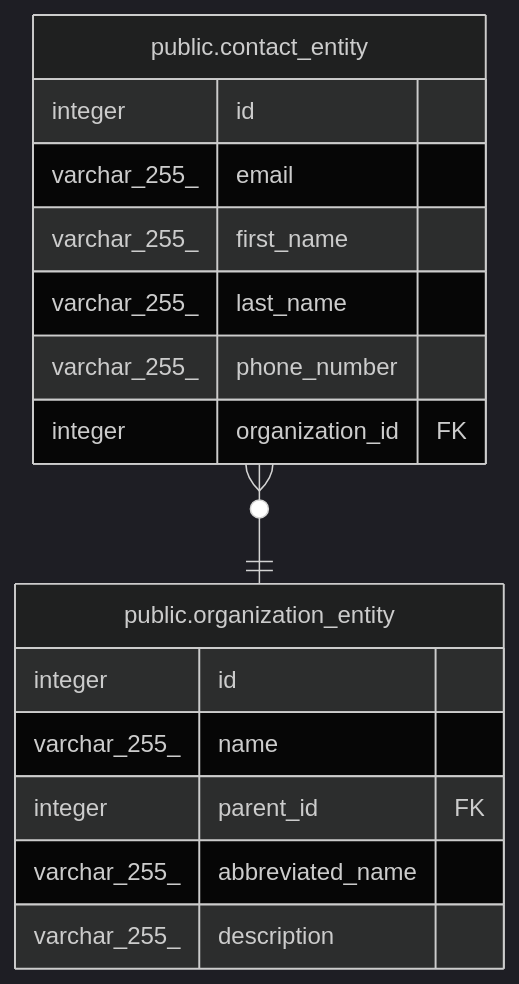
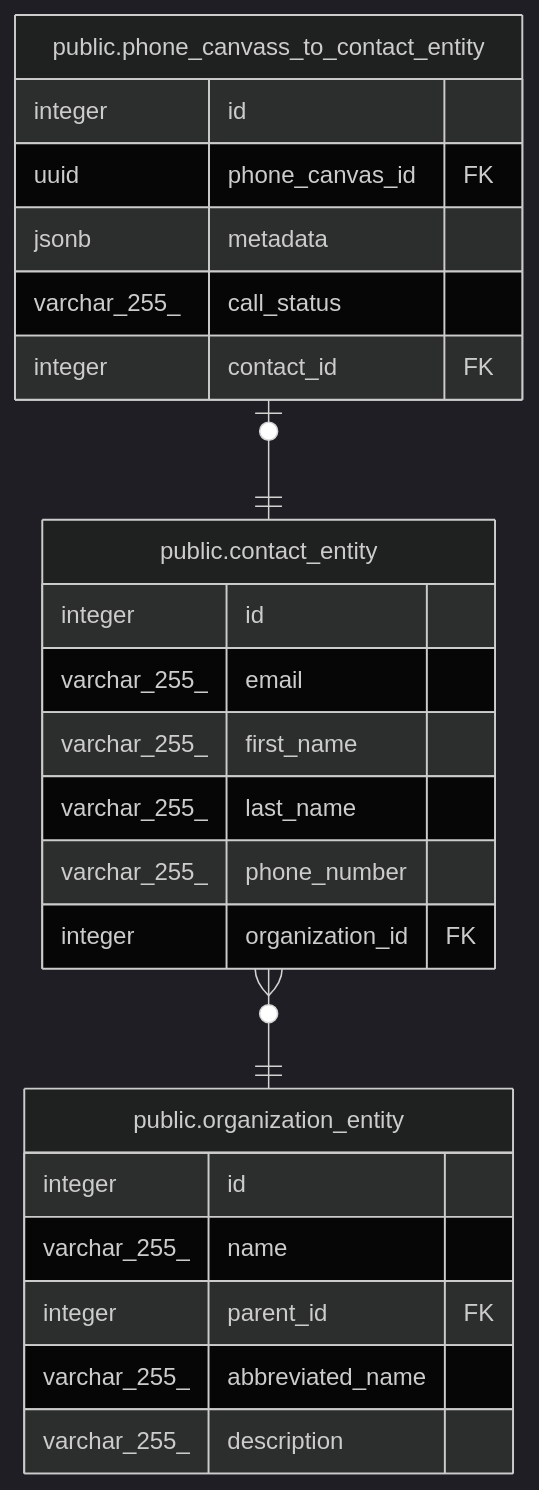
Before and after one commit to gpo/grassroots: the diagram in doc/schema/public.contact_entity.md, drawn with Mermaid (dark theme). The commit also changed other lines of this file and 6 other files, not shown here.

````diff
--- a/doc/schema/public.contact_entity.md
+++ b/doc/schema/public.contact_entity.md
@@ -33,21 +33,29 @@
 ```mermaid
 erDiagram
 
+"public.phone_canvass_to_contact_entity" |o--|| "public.contact_entity" : ""
 "public.contact_entity" }o--|| "public.organization_entity" : ""
 
 "public.contact_entity" {
   integer id
   varchar_255_ email
   varchar_255_ first_name
   varchar_255_ last_name
   varchar_255_ phone_number
   integer organization_id FK
 }
+"public.phone_canvass_to_contact_entity" {
+  integer id
+  uuid phone_canvas_id FK
+  jsonb metadata
+  varchar_255_ call_status
+  integer contact_id FK
+}
 "public.organization_entity" {
   integer id
   varchar_255_ name
   integer parent_id FK
   varchar_255_ abbreviated_name
   varchar_255_ description
 }
 ```
````
